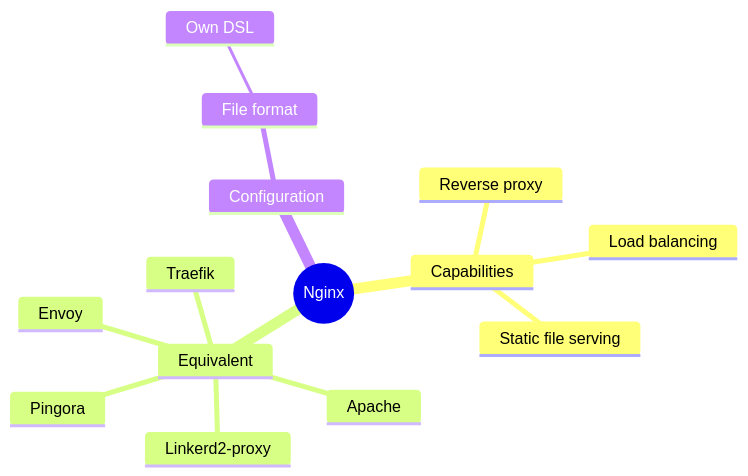
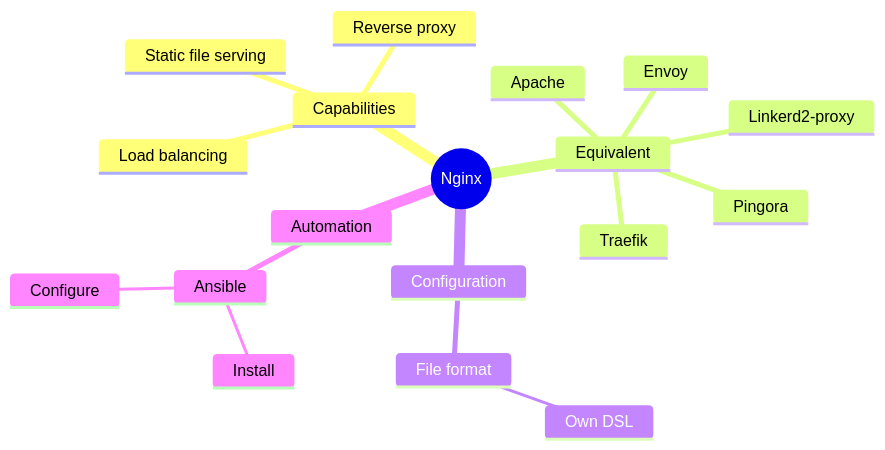
Before and after one commit to xdvarpunen/nginx-adventure: the diagram in README.md, drawn with Mermaid.

````diff
--- a/README.md
+++ b/README.md
@@ -5,17 +5,21 @@
 ```mermaid
 mindmap
   root((Nginx))
     Capabilities
       Load balancing
       Reverse proxy
       Static file serving
     Equivalent
       Apache
       Pingora
       Envoy
       Linkerd2-proxy
       Traefik
     Configuration
       File format
         Own DSL
+    Automation
+      Ansible
+        Install
+        Configure
 ```
````
